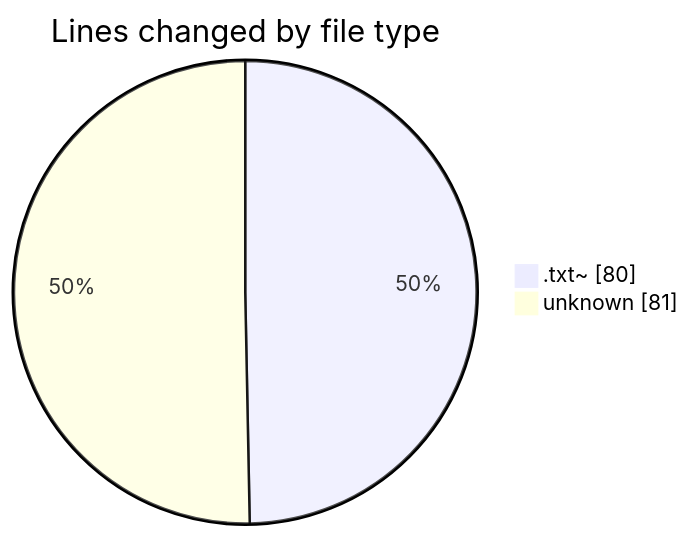
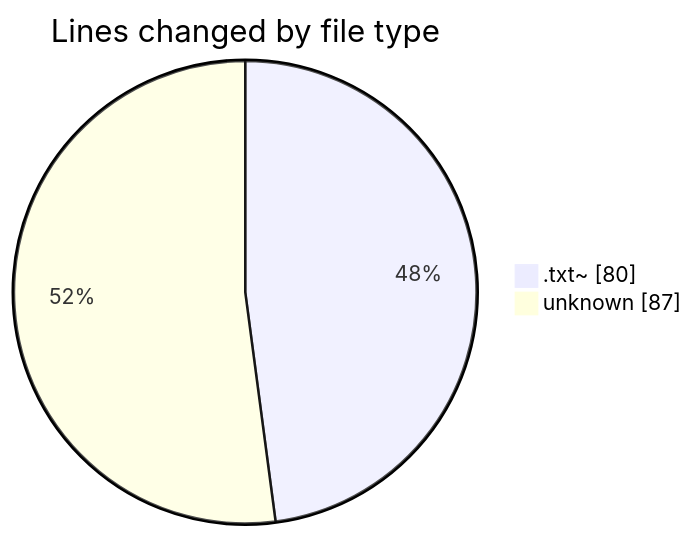
One commit to ernivani/code-tracking changed the first of 2 diagrams in 2024-12-30/rareicon/README.md. Above: the diagram before and after it, drawn with Mermaid. The commit also changed other lines of this file and 2 other files, not shown here.

````diff
--- a/2024-12-30/rareicon/README.md
+++ b/2024-12-30/rareicon/README.md
@@ -21,6 +21,6 @@
 ```mermaid
 pie showData
 title Lines changed by file type
 ".txt~" : 80
-"unknown" : 81
+"unknown" : 87
 ```
````
